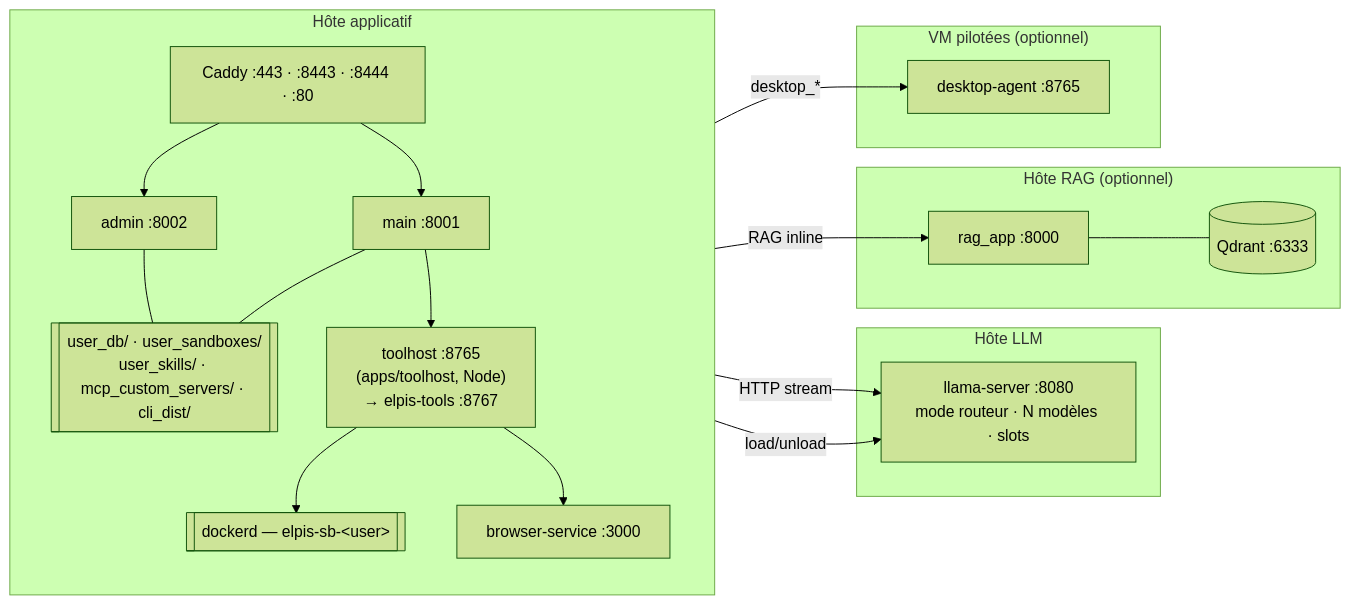
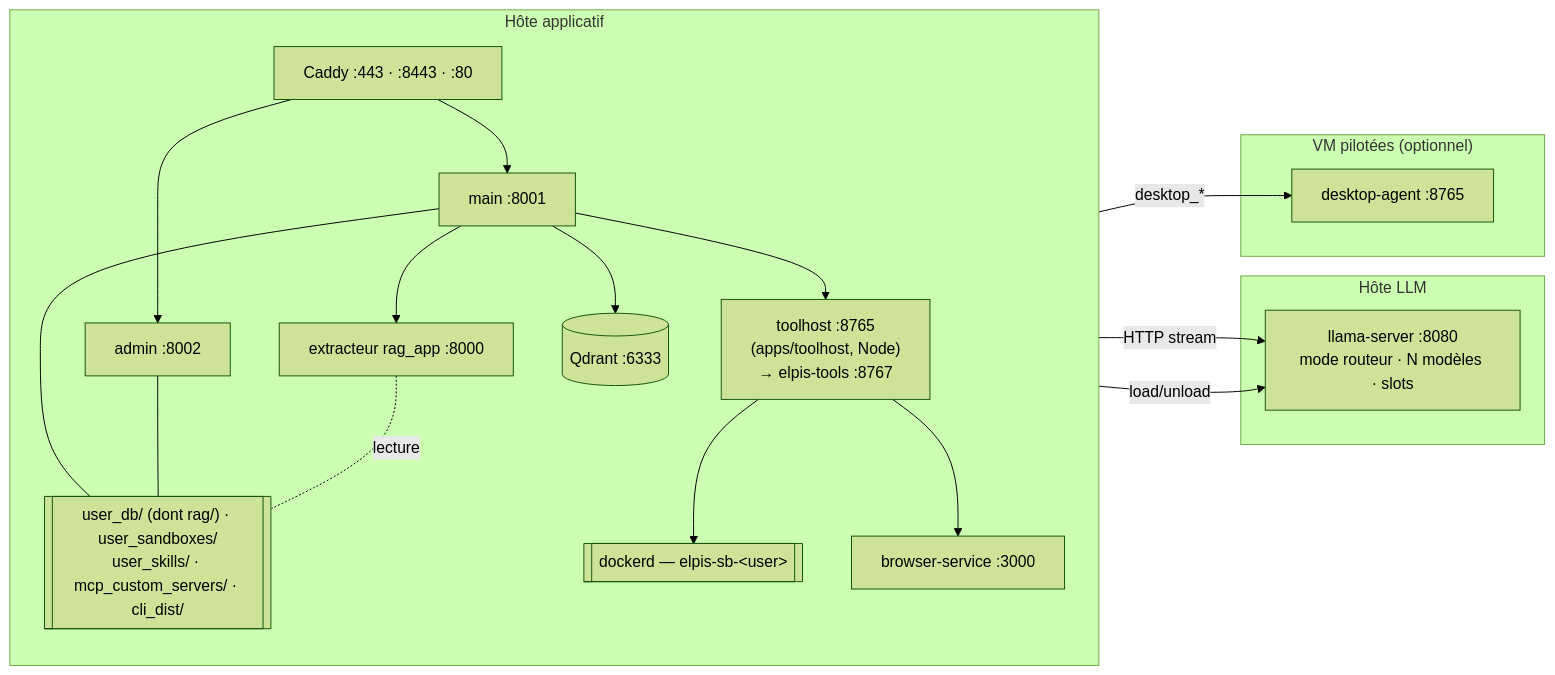
One commit to toto-fou/Elpis changed the second of 16 diagrams in docs/architecture.md. Above: the diagram before and after it, drawn with Mermaid (forest theme). The commit also changed other lines of this file and 269 other files, not shown here.

````diff
--- a/docs/architecture.md
+++ b/docs/architecture.md
@@ -218,33 +220,31 @@
 ```mermaid
 flowchart LR
     subgraph host1["Hôte applicatif"]
         direction TB
-        c["Caddy :443 · :8443 · :8444 · :80"]
+        c["Caddy :443 · :8443 · :80"]
         m["main :8001"]
         a["admin :8002"]
         s["toolhost :8765<br/>(apps/toolhost, Node)<br/>→ elpis-tools :8767"]
         b["browser-service :3000"]
-        d[["user_db/ · user_sandboxes/<br/>user_skills/ · mcp_custom_servers/ · cli_dist/"]]
+        r["extracteur rag_app :8000"]
+        q[("Qdrant :6333")]
+        d[["user_db/ (dont rag/) · user_sandboxes/<br/>user_skills/ · mcp_custom_servers/ · cli_dist/"]]
         dk[["dockerd — elpis-sb-&lt;user&gt;"]]
         c --> m & a
         m --- d
         a --- d
         m --> s --> dk
         s --> b
+        m --> r & q
+        r -. "lecture" .- d
     end
     subgraph host2["Hôte LLM"]
         l["llama-server :8080<br/>mode routeur · N modèles · slots"]
-    end
-    subgraph host3["Hôte RAG (optionnel)"]
-        r["rag_app :8000"]
-        q[("Qdrant :6333")]
-        r --- q
     end
     subgraph host4["VM pilotées (optionnel)"]
         ag["desktop-agent :8765"]
     end
     m -- HTTP stream --> l
     a -- "load/unload" --> l
-    m -- "RAG inline" --> r
     s -- "desktop_*" --> ag
 ```
````
